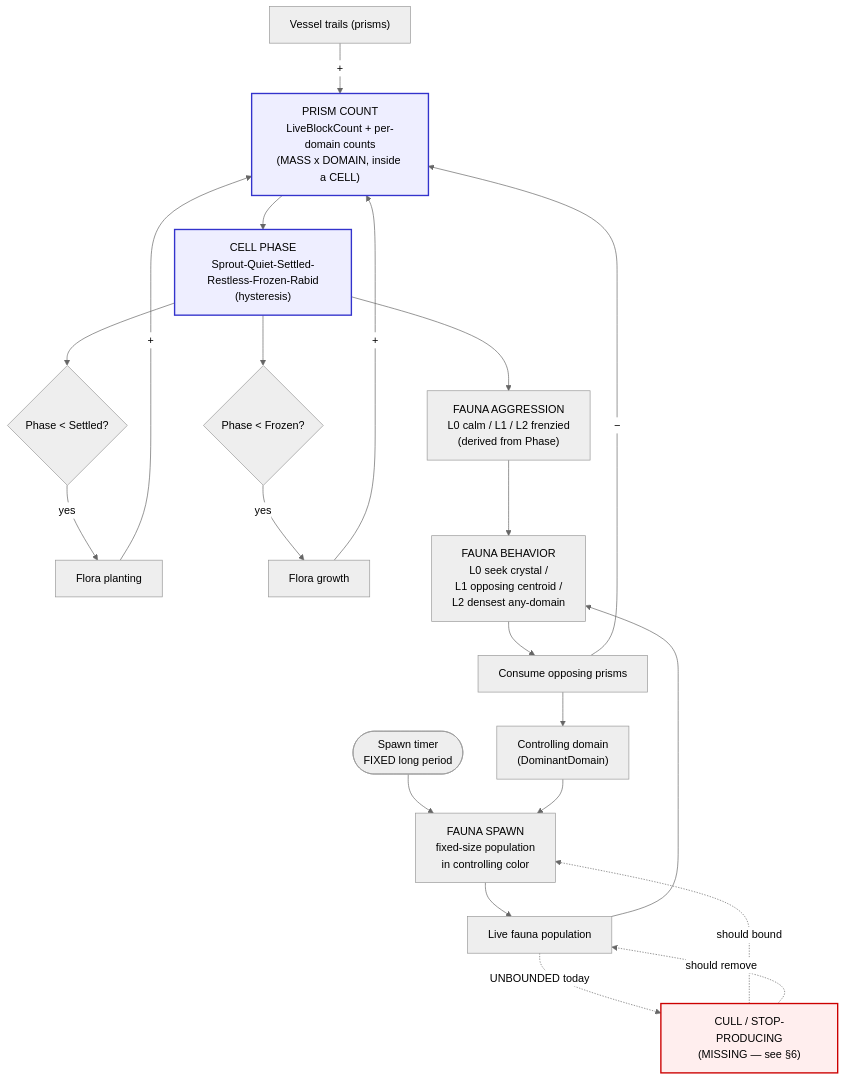
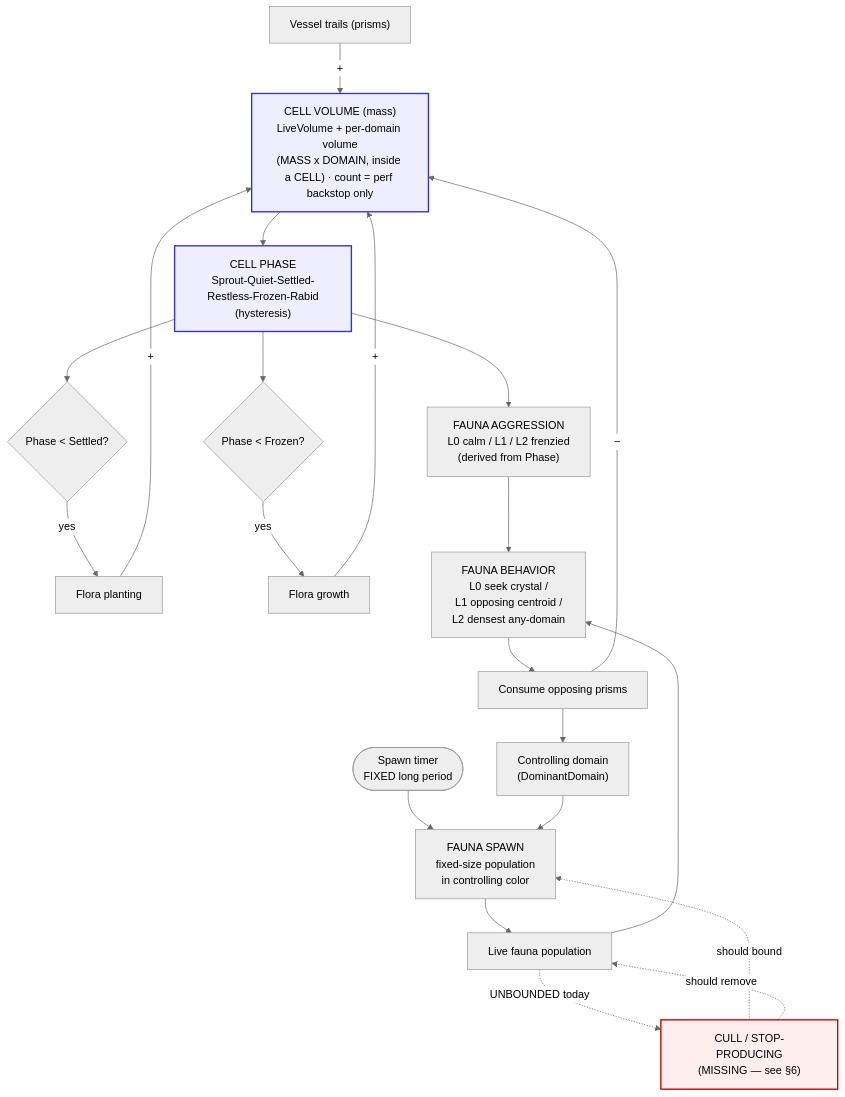
Before and after one commit to froglet-studio/Cosmic-Shore: the first of 2 diagrams in Docs/ECOSYSTEM.md, drawn with Mermaid (neutral theme). The commit also changed other lines of this file and 6 other files, not shown here.

First line of the commit message:
feat(ecology): go all-in on volume — phase/dominant/prey/HUD key off mass, count is a safety cap

````diff
--- a/Docs/ECOSYSTEM.md
+++ b/Docs/ECOSYSTEM.md
@@ -45,40 +48,40 @@
 ```mermaid
 flowchart TD
     TRAIL["Vessel trails (prisms)"] -->|+| COUNT
     FPLANT["Flora planting"] -->|+| COUNT
     FGROW["Flora growth"] -->|+| COUNT
 
-    COUNT["PRISM COUNT<br/>LiveBlockCount + per-domain counts<br/>(MASS x DOMAIN, inside a CELL)"]
+    COUNT["CELL VOLUME (mass)<br/>LiveVolume + per-domain volume<br/>(MASS x DOMAIN, inside a CELL) · count = perf backstop only"]
     COUNT --> PHASE["CELL PHASE<br/>Sprout-Quiet-Settled-Restless-Frozen-Rabid<br/>(hysteresis)"]
 
     %% Flora is self-limiting via phase gates (negative feedback)
     PHASE --> GPLANT{"Phase &lt; Settled?"}
     GPLANT -->|yes| FPLANT
     PHASE --> GGROW{"Phase &lt; Frozen?"}
     GGROW -->|yes| FGROW
 
     %% Aggression is the ONLY thing prism count feeds into fauna (per redesign)
     PHASE --> AGGRO["FAUNA AGGRESSION<br/>L0 calm / L1 / L2 frenzied<br/>(derived from Phase)"]
 
     %% Fauna spawn is timer-driven, fixed period + fixed population
     TIMER(["Spawn timer<br/>FIXED long period"]) --> SPAWN
     DOM["Controlling domain<br/>(DominantDomain)"] --> SPAWN
     SPAWN["FAUNA SPAWN<br/>fixed-size population<br/>in controlling color"]
 
     SPAWN --> POP["Live fauna population"]
     AGGRO --> BEHAVE
     POP --> BEHAVE["FAUNA BEHAVIOR<br/>L0 seek crystal /<br/>L1 opposing centroid /<br/>L2 densest any-domain"]
     BEHAVE --> CONSUME["Consume opposing prisms"]
     CONSUME -->|−| COUNT
     CONSUME --> DOM
 
     %% The missing negative feedback on population
     POP -.->|UNBOUNDED today| CULL["CULL / STOP-PRODUCING<br/>(MISSING — see §6)"]
     CULL -.->|should bound| SPAWN
     CULL -.->|should remove| POP
 
     classDef missing fill:#fee,stroke:#c00,stroke-width:2px;
     classDef state fill:#eef,stroke:#33c,stroke-width:2px;
     class CULL missing;
     class COUNT,PHASE state;
 ```
````
